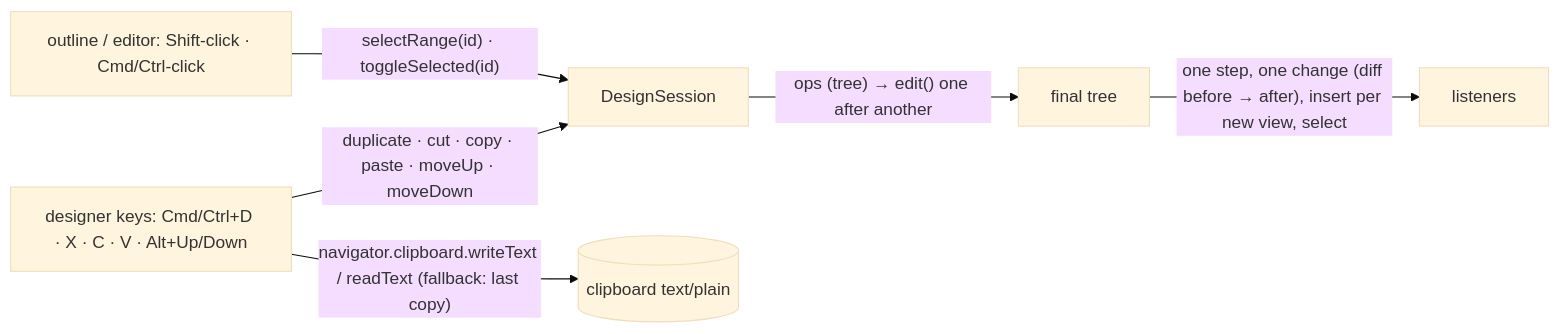
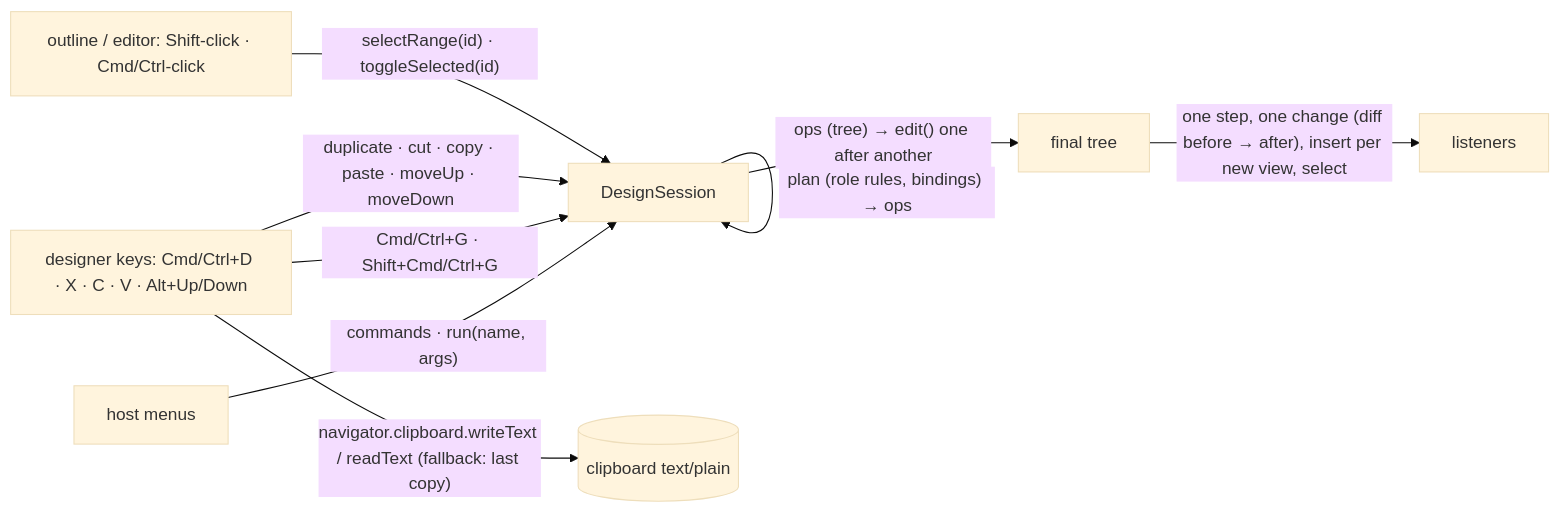
One commit to bbogovich/mockitdown changed the diagram in implementation/narrative/architecture/commands.md. Above: the diagram before and after it, drawn with Mermaid (base theme). The commit also changed other lines of this file and 22 other files, not shown here.

````diff
--- a/implementation/narrative/architecture/commands.md
+++ b/implementation/narrative/architecture/commands.md
@@ -19,8 +20,11 @@
 ```mermaid
 flowchart LR
   o["outline / editor: Shift-click · Cmd/Ctrl-click"] -- "selectRange(id) · toggleSelected(id)" --> s[DesignSession]
   d["designer keys: Cmd/Ctrl+D · X · C · V · Alt+Up/Down"] -- "duplicate · cut · copy · paste · moveUp · moveDown" --> s
   s -- "ops (tree) → edit() one after another" --> t[final tree]
   t -- "one step, one change (diff before → after), insert per new view, select" --> l[listeners]
   d -- "navigator.clipboard.writeText / readText (fallback: last copy)" --> c[(clipboard text/plain)]
+  d -- "Cmd/Ctrl+G · Shift+Cmd/Ctrl+G" --> s
+  h["host menus"] -- "commands · run(name, args)" --> s
+  s -- "plan (role rules, bindings) → ops" --> s
 ```
````
